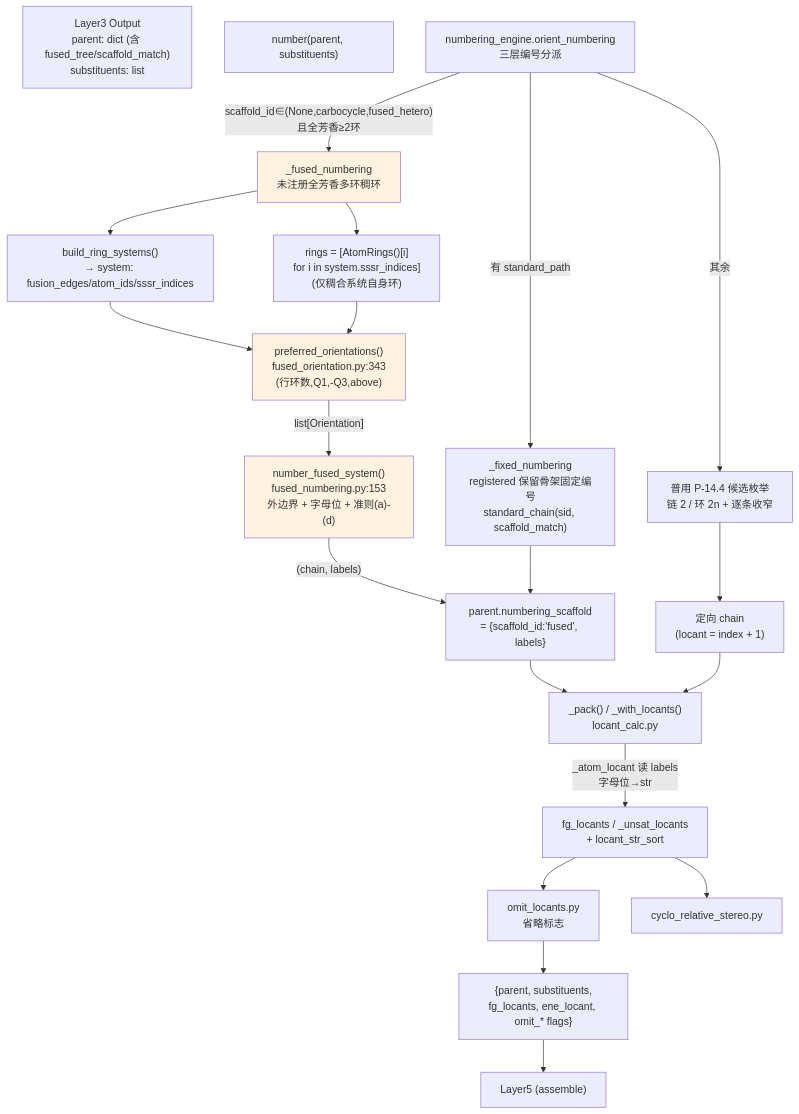
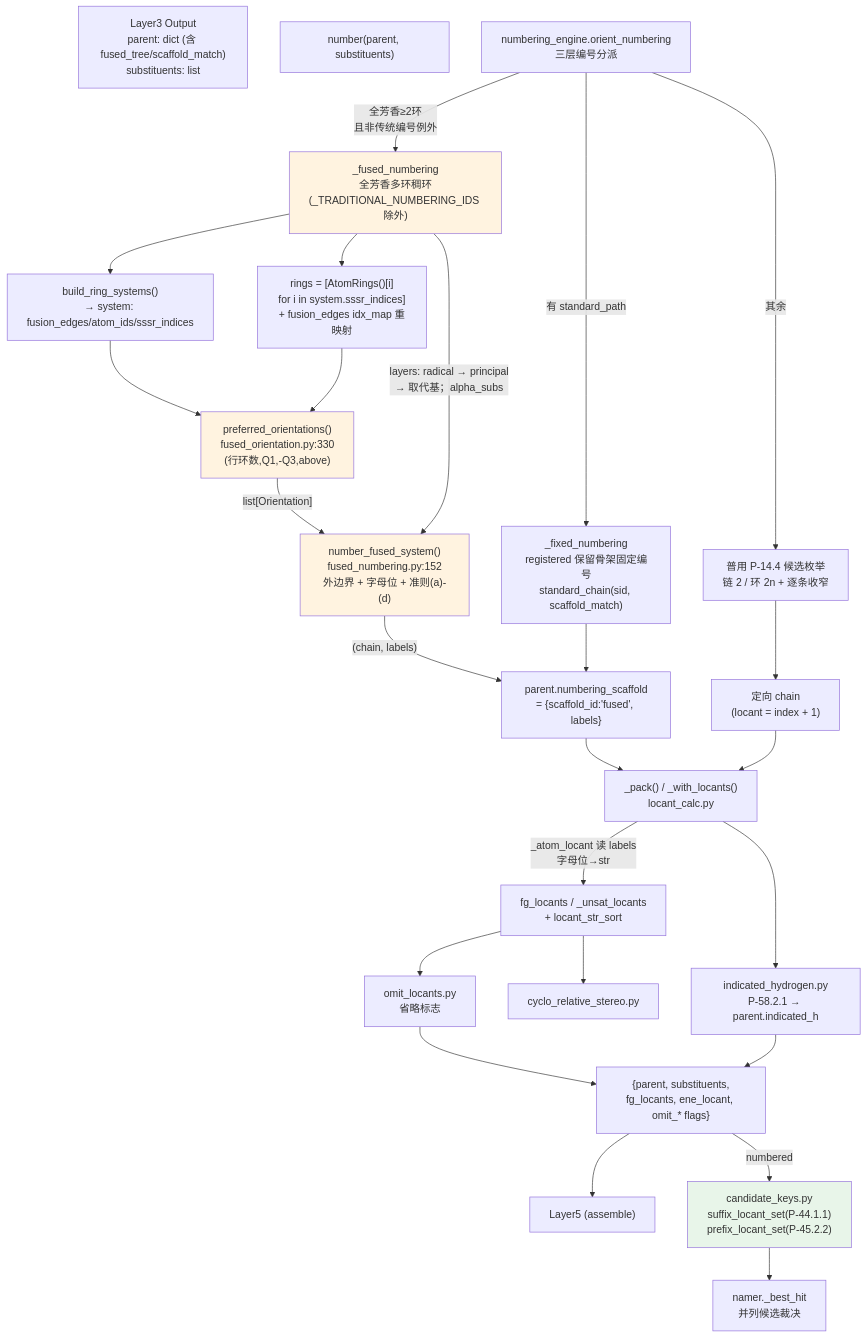
One commit to zouxiaofei1/OpenSMILES changed the diagram in docs/wiki/architecture/layer4-numbering.md. Above: the diagram before and after it, drawn with Mermaid. The commit also changed other lines of this file and 13 other files, not shown here.

````diff
--- a/docs/wiki/architecture/layer4-numbering.md
+++ b/docs/wiki/architecture/layer4-numbering.md
@@ -237,35 +269,42 @@
 ```mermaid
 flowchart TD
     L3["Layer3 Output<br/>parent: dict (含 fused_tree/scaffold_match)<br/>substituents: list"]
     NUM["number(parent, substituents)"]
     ORIENT["numbering_engine.orient_numbering<br/>三层编号分派"]
 
     LEFT["_fixed_numbering<br/>registered 保留骨架固定编号<br/>standard_chain(sid, scaffold_match)"]
-    FUSED["_fused_numbering<br/>未注册全芳香多环稠环"]
+    FUSED["_fused_numbering<br/>全芳香多环稠环<br/>(_TRADITIONAL_NUMBERING_IDS 除外)"]
     GEN["普用 P-14.4 候选枚举<br/>链 2 / 环 2n + 逐条收窄"]
 
     ORIENT -->|"有 standard_path"| LEFT
-    ORIENT -->|"scaffold_id∈(None,carbocycle,fused_hetero)<br/>且全芳香≥2环"| FUSED
+    ORIENT -->|"全芳香≥2环<br/>且非传统编号例外"| FUSED
     ORIENT -->|"其余"| GEN
 
     FUSED --> BRS["build_ring_systems()<br/>→ system: fusion_edges/atom_ids/sssr_indices"]
-    FUSED --> RINGS["rings = [AtomRings()[i]<br/>for i in system.sssr_indices]<br/>(仅稠合系统自身环)"]
-    BRS --> ORIENT2["preferred_orientations()<br/>fused_orientation.py:343<br/>(行环数,Q1,-Q3,above)"]
+    FUSED --> RINGS["rings = [AtomRings()[i]<br/>for i in system.sssr_indices]<br/>+ fusion_edges idx_map 重映射"]
+    BRS --> ORIENT2["preferred_orientations()<br/>fused_orientation.py:330<br/>(行环数,Q1,-Q3,above)"]
     RINGS --> ORIENT2
-    ORIENT2 -->|"list[Orientation]"| NF["number_fused_system()<br/>fused_numbering.py:153<br/>外边界 + 字母位 + 准则(a)-(d)"]
+    ORIENT2 -->|"list[Orientation]"| NF["number_fused_system()<br/>fused_numbering.py:152<br/>外边界 + 字母位 + 准则(a)-(d)"]
+    FUSED -->|"layers: radical → principal<br/>→ 取代基；alpha_subs"| NF
     NF -->|"(chain, labels)"| SCAFF["parent.numbering_scaffold<br/>= {scaffold_id:'fused', labels}"]
     LEFT --> SCAFF
 
     SCAFF --> PACK["_pack() / _with_locants()<br/>locant_calc.py"]
     PACK -->|"_atom_locant 读 labels<br/>字母位→str"| LOCS["fg_locants / _unsat_locants<br/>+ locant_str_sort"]
     LOCS --> OMIT["omit_locants.py<br/>省略标志"]
     LOCS --> STEREO["cyclo_relative_stereo.py"]
+    PACK --> IH["indicated_hydrogen.py<br/>P-58.2.1 → parent.indicated_h"]
     OMIT --> OUT["{parent, substituents,<br/>fg_locants, ene_locant, omit_* flags}"]
+    IH --> OUT
     OUT --> L5["Layer5 (assemble)"]
+
+    OUT -->|"numbered"| CK["candidate_keys.py<br/>suffix_locant_set(P-44.1.1)<br/>prefix_locant_set(P-45.2.2)"]
+    CK --> NAMER["namer._best_hit<br/>并列候选裁决"]
 
     GEN --> CHAIN["定向 chain<br/>(locant = index + 1)"]
     CHAIN --> PACK
     style FUSED fill:#fff3e0
     style NF fill:#fff3e0
     style ORIENT2 fill:#fff3e0
+    style CK fill:#e8f5e9
 ```
````
